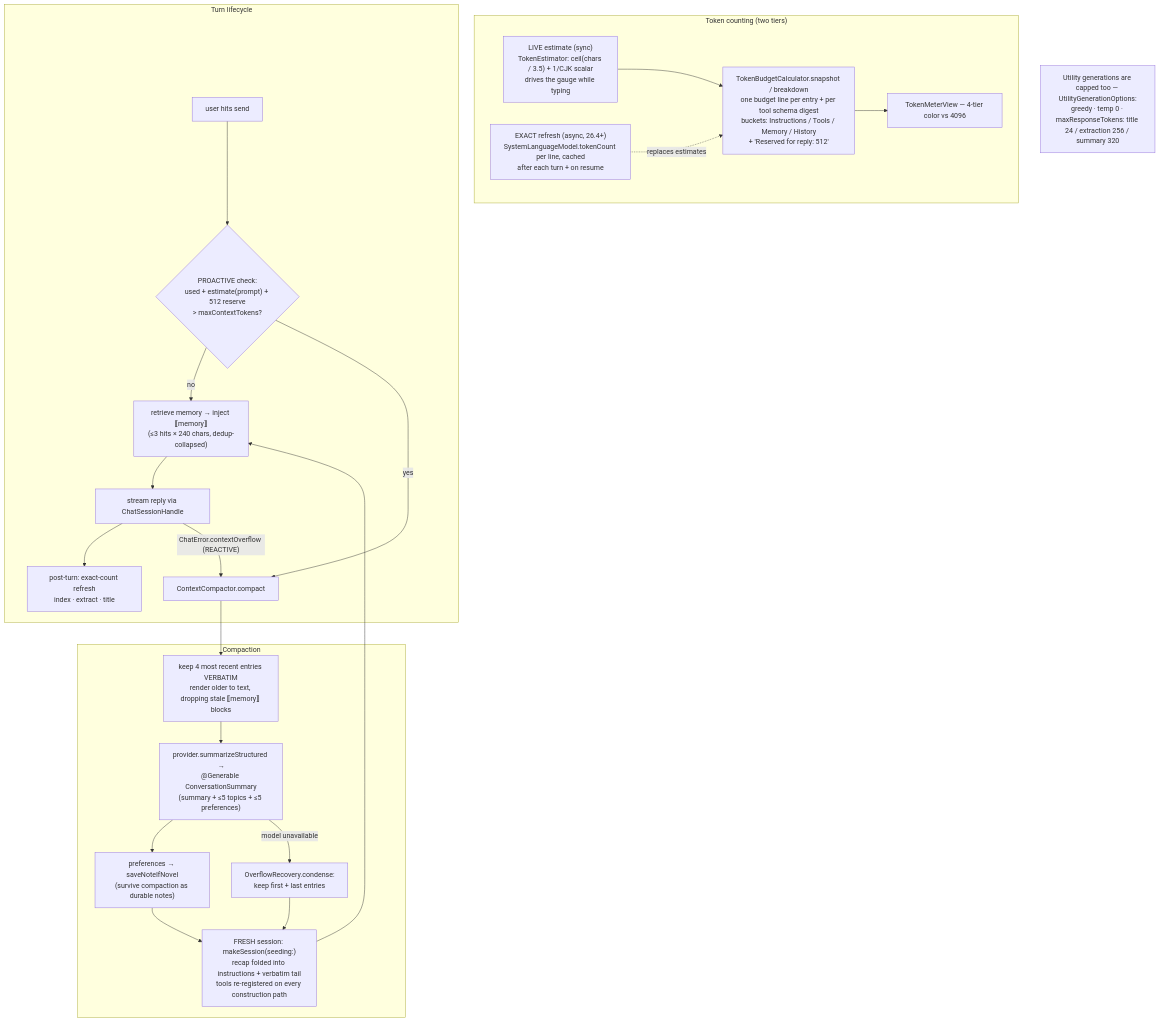
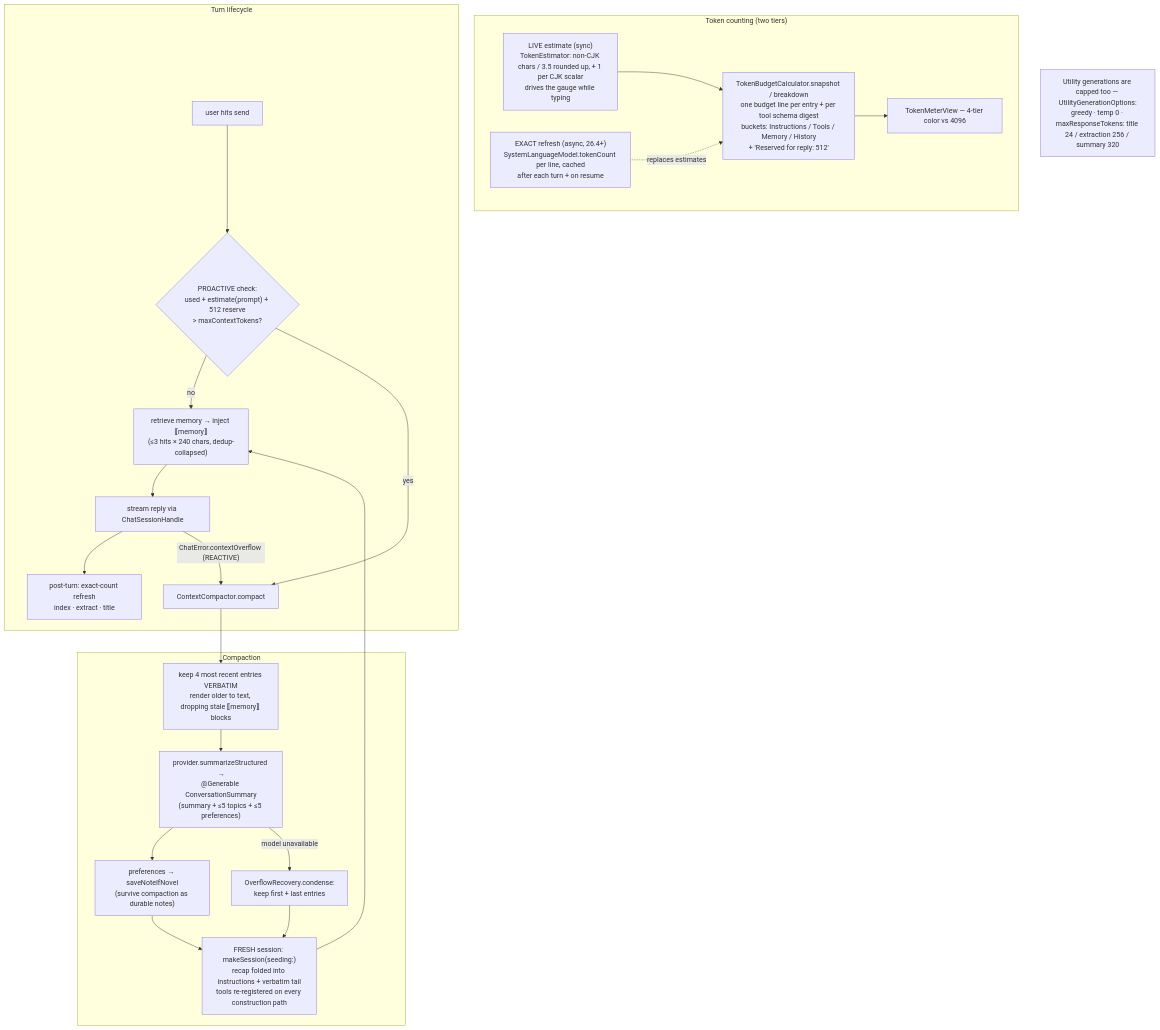
The second of 4 diagrams in docs/ARCHITECTURE.md (Vvlladd/Ember), drawn with Mermaid before and after one commit. The commit also changed other lines of this file and 6 other files, not shown here.

````diff
--- a/docs/ARCHITECTURE.md
+++ b/docs/ARCHITECTURE.md
@@ -58,33 +58,33 @@
 ```mermaid
 flowchart TD
     subgraph COUNT["Token counting (two tiers)"]
-        EST["LIVE estimate (sync)<br/>TokenEstimator: ceil(chars / 3.5) + 1/CJK scalar<br/>drives the gauge while typing"]
+        EST["LIVE estimate (sync)<br/>TokenEstimator: non-CJK chars / 3.5 rounded up, + 1 per CJK scalar<br/>drives the gauge while typing"]
         EXA["EXACT refresh (async, 26.4+)<br/>SystemLanguageModel.tokenCount per line, cached<br/>after each turn + on resume"]
         BRK["TokenBudgetCalculator.snapshot / breakdown<br/>one budget line per entry + per tool schema digest<br/>buckets: Instructions / Tools / Memory / History<br/>+ 'Reserved for reply: 512'"]
         MET["TokenMeterView — 4-tier color vs 4096"]
         EST --> BRK
         EXA -. replaces estimates .-> BRK
         BRK --> MET
     end
 
     subgraph TURN["Turn lifecycle"]
         P0["user hits send"] --> P1{"PROACTIVE check:<br/>used + estimate(prompt) + 512 reserve<br/>&gt; maxContextTokens?"}
         P1 -- no --> P2["retrieve memory → inject ⟦memory⟧<br/>(≤3 hits × 240 chars, dedup-collapsed)"]
         P2 --> P3["stream reply via ChatSessionHandle"]
         P3 --> P4["post-turn: exact-count refresh<br/>index · extract · title"]
         P1 -- yes --> C0
         P3 -- "ChatError.contextOverflow (REACTIVE)" --> C0
     end
 
     subgraph COMPACT["Compaction"]
         C0["ContextCompactor.compact"] --> C1["keep 4 most recent entries VERBATIM<br/>render older to text, dropping stale ⟦memory⟧ blocks"]
         C1 --> C2["provider.summarizeStructured →<br/>@Generable ConversationSummary<br/>(summary + ≤5 topics + ≤5 preferences)"]
         C2 --> C3["preferences → saveNoteIfNovel<br/>(survive compaction as durable notes)"]
         C2 -- "model unavailable" --> C4["OverflowRecovery.condense:<br/>keep first + last entries"]
         C3 --> C5["FRESH session: makeSession(seeding:)<br/>recap folded into instructions + verbatim tail<br/>tools re-registered on every construction path"]
         C4 --> C5
         C5 --> P2
     end
 
     UTIL["Utility generations are capped too — UtilityGenerationOptions:<br/>greedy · temp 0 · maxResponseTokens: title 24 / extraction 256 / summary 320"]
 ```
````
